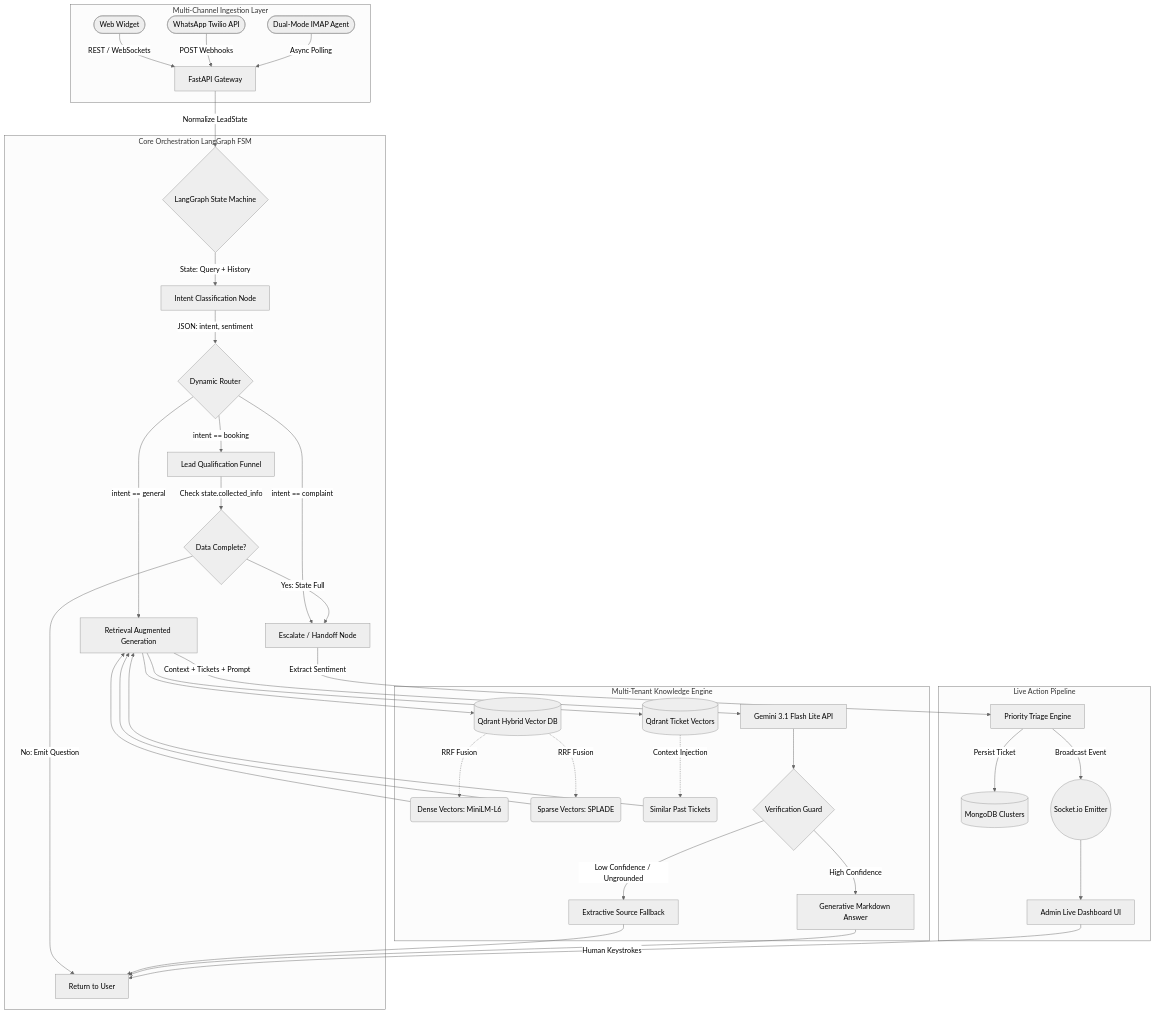
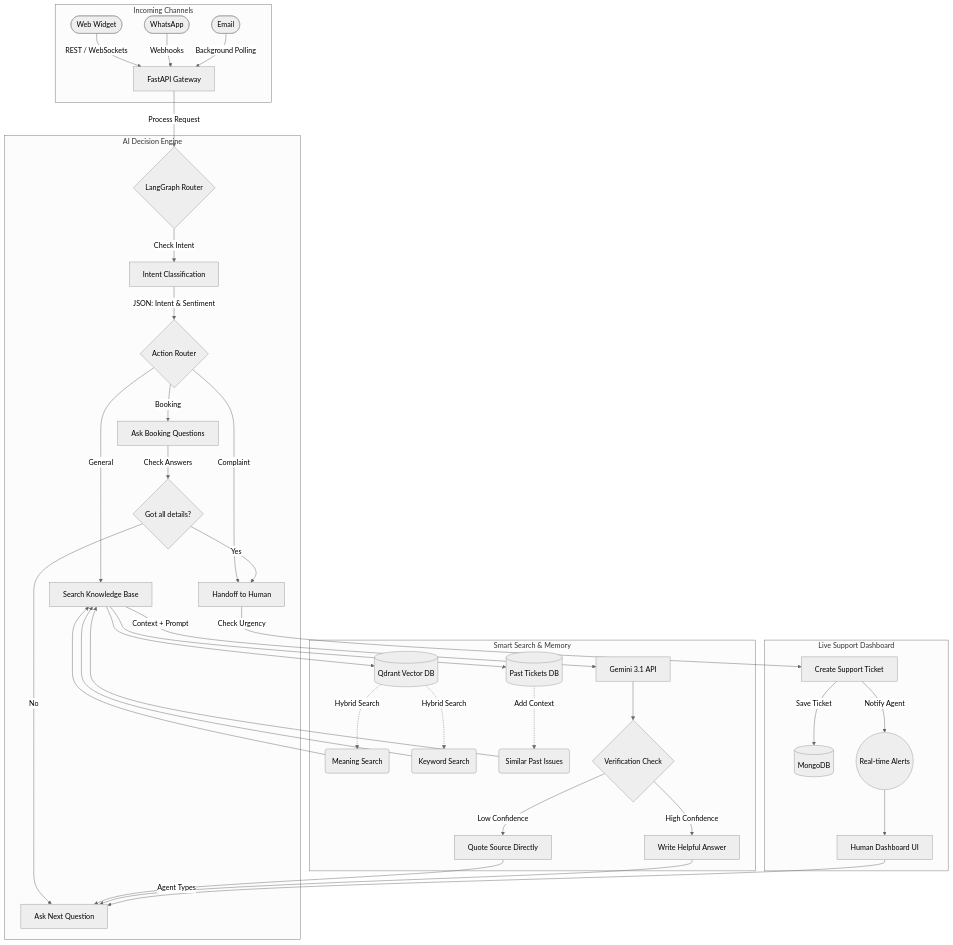
The diagram in README.md (derpx06/closira), drawn with Mermaid (neutral theme) before and after one commit. The commit also changed other lines of this file, not shown here.

````diff
--- a/README.md
+++ b/README.md
@@ -51,57 +11,57 @@
 ```mermaid
 graph TD
-    %% Perimeter & Gateway
-    subgraph Ingestion [Multi-Channel Ingestion Layer]
+    %% Ingestion Layer
+    subgraph Ingestion [Incoming Channels]
         Web([Web Widget]) -->|REST / WebSockets| APIGateway[FastAPI Gateway]
-        WA([WhatsApp Twilio API]) -->|POST Webhooks| APIGateway
-        Email([Dual-Mode IMAP Agent]) -->|Async Polling| APIGateway
+        WA([WhatsApp]) -->|Webhooks| APIGateway
+        Email([Email]) -->|Background Polling| APIGateway
     end
     
-    APIGateway -->|Normalize LeadState| Orchestrator{LangGraph State Machine}
+    APIGateway -->|Process Request| Orchestrator{LangGraph Router}
     
-    %% Core Orchestration Engine
-    subgraph Orchestration [Core Orchestration LangGraph FSM]
-        Orchestrator -->|State: Query + History| IntentNode[Intent Classification Node]
-        IntentNode -->|JSON: intent, sentiment| Router{Dynamic Router}
+    %% AI Brain
+    subgraph Orchestration [AI Decision Engine]
+        Orchestrator -->|Check Intent| IntentNode[Intent Classification]
+        IntentNode -->|JSON: Intent & Sentiment| Router{Action Router}
         
-        Router -->|intent == complaint| EscalateNode[Escalate / Handoff Node]
-        Router -->|intent == booking| QualifyNode[Lead Qualification Funnel]
-        Router -->|intent == general| RAGNode[Retrieval Augmented Generation]
+        Router -->|Complaint| EscalateNode[Handoff to Human]
+        Router -->|Booking| QualifyNode[Ask Booking Questions]
+        Router -->|General| RAGNode[Search Knowledge Base]
         
-        QualifyNode -->|Check state.collected_info| FunnelCheck{Data Complete?}
-        FunnelCheck -->|No: Emit Question| ReturnToUser[Return to User]
-        FunnelCheck -->|Yes: State Full| EscalateNode
+        QualifyNode -->|Check Answers| FunnelCheck{Got all details?}
+        FunnelCheck -->|No| ReturnToUser[Ask Next Question]
+        FunnelCheck -->|Yes| EscalateNode
     end
 
-    %% RAG Pipeline & Historical Context
-    subgraph Knowledge [Multi-Tenant Knowledge Engine]
-        RAGNode --> VectorDB[(Qdrant Hybrid Vector DB)]
-        RAGNode --> TicketDB[(Qdrant Ticket Vectors)]
+    %% Knowledge Search
+    subgraph Knowledge [Smart Search & Memory]
+        RAGNode --> VectorDB[(Qdrant Vector DB)]
+        RAGNode --> TicketDB[(Past Tickets DB)]
         
-        VectorDB -.->|RRF Fusion| Dense(Dense Vectors: MiniLM-L6)
-        VectorDB -.->|RRF Fusion| Sparse(Sparse Vectors: SPLADE)
-        TicketDB -.->|Context Injection| PastTickets(Similar Past Tickets)
+        VectorDB -.->|Hybrid Search| Dense(Meaning Search)
+        VectorDB -.->|Hybrid Search| Sparse(Keyword Search)
+        TicketDB -.->|Add Context| PastTickets(Similar Past Issues)
         
         Dense --> RAGNode
         Sparse --> RAGNode
         PastTickets --> RAGNode
         
-        RAGNode -->|Context + Tickets + Prompt| LLM[Gemini 3.1 Flash Lite API]
+        RAGNode -->|Context + Prompt| LLM[Gemini 3.1 API]
         
-        LLM --> Guard{Verification Guard}
-        Guard -->|Low Confidence / Ungrounded| Extractive[Extractive Source Fallback]
-        Guard -->|High Confidence| Generative[Generative Markdown Answer]
+        LLM --> Guard{Verification Check}
+        Guard -->|Low Confidence| Extractive[Quote Source Directly]
+        Guard -->|High Confidence| Generative[Write Helpful Answer]
     end
     
     Extractive --> ReturnToUser
     Generative --> ReturnToUser
 
-    %% Handoff Pipeline
-    subgraph Action [Live Action Pipeline]
-        EscalateNode -->|Extract Sentiment| Triage[Priority Triage Engine]
-        Triage -->|Persist Ticket| Mongo[(MongoDB Clusters)]
-        Triage -->|Broadcast Event| SocketIO((Socket.io Emitter))
-        SocketIO --> LiveDashboard[Admin Live Dashboard UI]
-        LiveDashboard -->|Human Keystrokes| ReturnToUser
+    %% Live Support
+    subgraph Action [Live Support Dashboard]
+        EscalateNode -->|Check Urgency| Triage[Create Support Ticket]
+        Triage -->|Save Ticket| Mongo[(MongoDB)]
+        Triage -->|Notify Agent| SocketIO((Real-time Alerts))
+        SocketIO --> LiveDashboard[Human Dashboard UI]
+        LiveDashboard -->|Agent Types| ReturnToUser
     end
 ```
````
